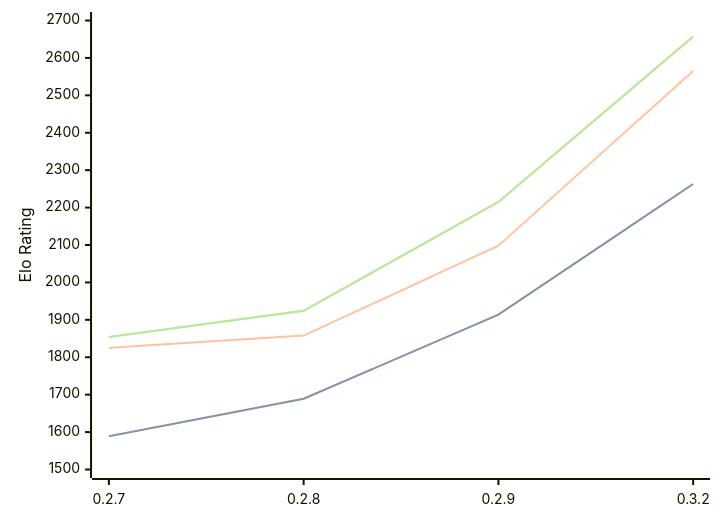
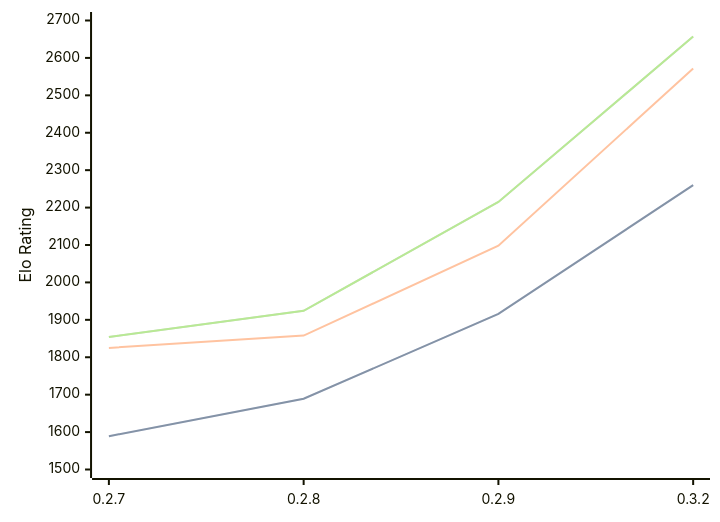
The first of 3 diagrams in engines/Dual.md (computer-chess-index/cci), drawn with Mermaid before and after one commit. The commit also changed other lines of this file, not shown here.

````diff
--- a/engines/Dual.md
+++ b/engines/Dual.md
@@ -44,11 +44,11 @@
 ```mermaid
 %%{init: {"theme":"base","themeVariables":{"seriesColors:['#a3a3a3','#222221','#faa371']}}}%%
 xychart-beta
   x-axis ["0.2.7", "0.2.8", "0.2.9", "0.3.2"]
   y-axis "Elo Rating" 1500 --> 2700
-  line "STC (8.0+0.08s)" [1589, 1689, 1914, 2263]
-  line "STC (8.0+0.08s)" [1589, 1689, 1914, 2263]
-  line "LTC (60.0+0.60s)" [1825, 1858, 2098, 2565]
+  line "STC (8.0+0.08s)" [1589, 1689, 1916, 2260]
+  line "STC (8.0+0.08s)" [1589, 1689, 1916, 2260]
+  line "LTC (60.0+0.60s)" [1825, 1858, 2098, 2572]
   line "VLTC (2m24s+1.12s)" [1854, 1924, 2215, 2657]
   line "VLTC (2m24s+1.12s)" [1854, 1924, 2215, 2657]
 ```
````
